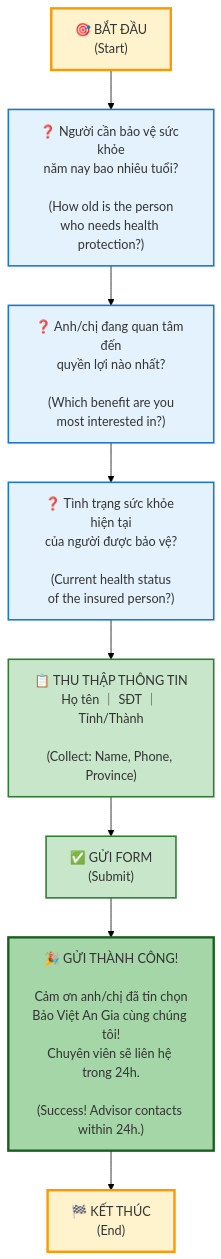
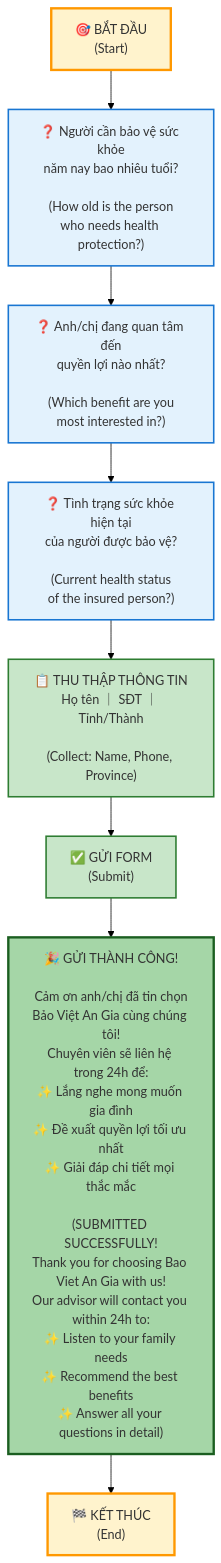
One commit to cafechungkhoan/ALCV_Automation changed the second of 7 diagrams in Conditional Form Workflow.md. Above: the diagram before and after it, drawn with Mermaid (forest theme). The commit also changed other lines of this file, not shown here.

````diff
--- a/Conditional Form Workflow.md
+++ b/Conditional Form Workflow.md
@@ -60,16 +94,16 @@
 ```mermaid
 graph TD
     START["🎯 BẮT ĐẦU<br/>(Start)"]:::start
     --> Q1["❓ Người cần bảo vệ sức khỏe<br/>năm nay bao nhiêu tuổi?<br/><br/>(How old is the person<br/>who needs health protection?)"]:::question
     --> Q2["❓ Anh/chị đang quan tâm đến<br/>quyền lợi nào nhất?<br/><br/>(Which benefit are you<br/>most interested in?)"]:::question
     --> Q3["❓ Tình trạng sức khỏe hiện tại<br/>của người được bảo vệ?<br/><br/>(Current health status<br/>of the insured person?)"]:::question
     --> COLLECT["📋 THU THẬP THÔNG TIN<br/>Họ tên ｜ SĐT ｜ Tỉnh/Thành<br/><br/>(Collect: Name, Phone, Province)"]:::happy
     --> SUBMIT["✅ GỬI FORM<br/>(Submit)"]:::happy
-    --> THANK["🎉 GỬI THÀNH CÔNG!<br/><br/>Cảm ơn anh/chị đã tin chọn<br/>Bảo Việt An Gia cùng chúng tôi!<br/>Chuyên viên sẽ liên hệ trong 24h.<br/><br/>(Success! Advisor contacts within 24h.)"]:::success
+    --> THANK["🎉 GỬI THÀNH CÔNG!<br/><br/>Cảm ơn anh/chị đã tin chọn<br/>Bảo Việt An Gia cùng chúng tôi!<br/>Chuyên viên sẽ liên hệ trong 24h để:<br/>✨ Lắng nghe mong muốn gia đình<br/>✨ Đề xuất quyền lợi tối ưu nhất<br/>✨ Giải đáp chi tiết mọi thắc mắc<br/><br/>(SUBMITTED SUCCESSFULLY!<br/>Thank you for choosing Bao Viet An Gia with us!<br/>Our advisor will contact you within 24h to:<br/>✨ Listen to your family needs<br/>✨ Recommend the best benefits<br/>✨ Answer all your questions in detail)"]:::success
     --> END_NODE["🏁 KẾT THÚC<br/>(End)"]:::start
 
     classDef start fill:#fff3cd,stroke:#ff9800,stroke-width:3px,color:#333
     classDef question fill:#e3f2fd,stroke:#1976d2,stroke-width:2px,color:#333
     classDef happy fill:#c8e6c9,stroke:#2e7d32,stroke-width:2px,color:#333
     classDef success fill:#a5d6a7,stroke:#1b5e20,stroke-width:3px,color:#333
 ```
````
